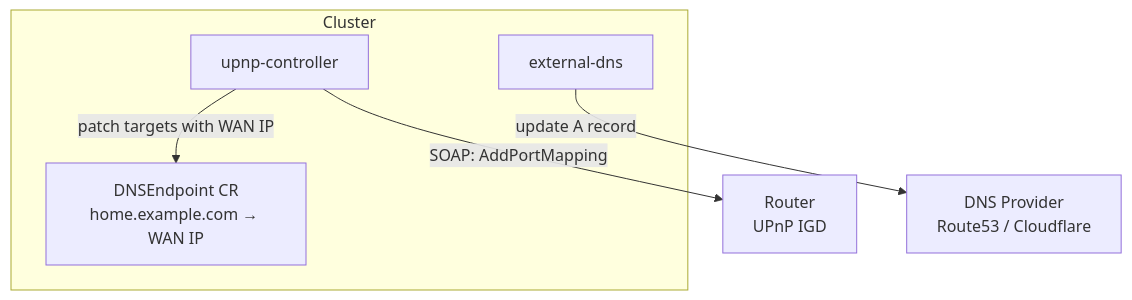
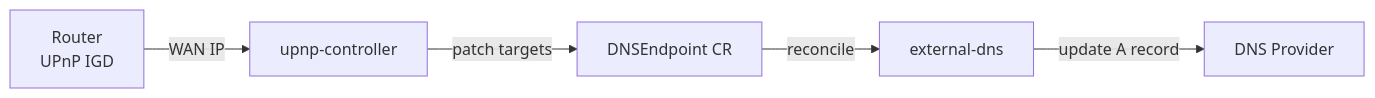
Before and after one commit to jeffmoss/upnp-controller: the second of 2 diagrams in README.md, drawn with Mermaid. The commit also changed 1 other file, not shown here.

Commit message:
Skip CI on docs-only changes

````diff
--- a/README.md
+++ b/README.md
@@ -23,15 +23,7 @@
 ```mermaid
-graph TD
-    subgraph Cluster
-        Controller[upnp-controller]
-        DNSEp[DNSEndpoint CR<br/>home.example.com → WAN IP]
-        ExtDNS[external-dns]
-    end
-
-    Router[Router<br/>UPnP IGD]
-    DNS[DNS Provider<br/>Route53 / Cloudflare]
-
-    Controller -->|SOAP: AddPortMapping| Router
-    Controller -->|patch targets with WAN IP| DNSEp
-    ExtDNS -->|update A record| DNS
+graph LR
+    Router[Router<br/>UPnP IGD] -->|WAN IP| Controller[upnp-controller]
+    Controller -->|patch targets| DNSEp[DNSEndpoint CR]
+    DNSEp -->|reconcile| ExtDNS[external-dns]
+    ExtDNS -->|update A record| DNS[DNS Provider]
 ```
````
